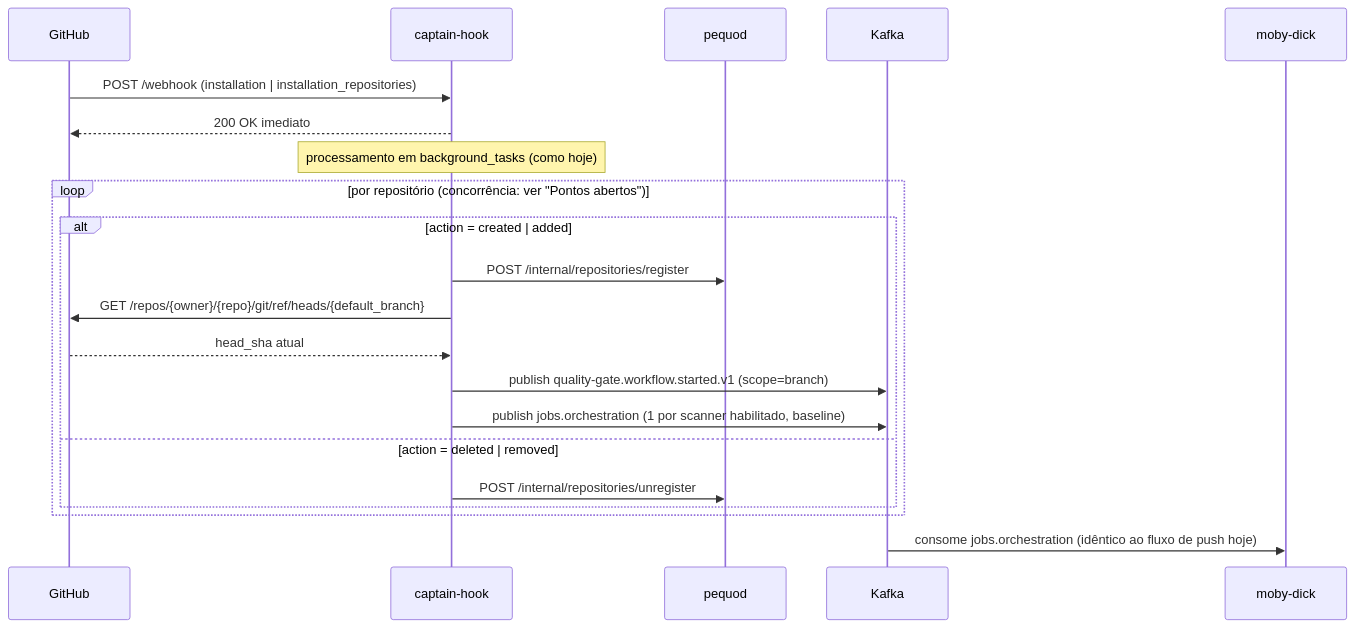
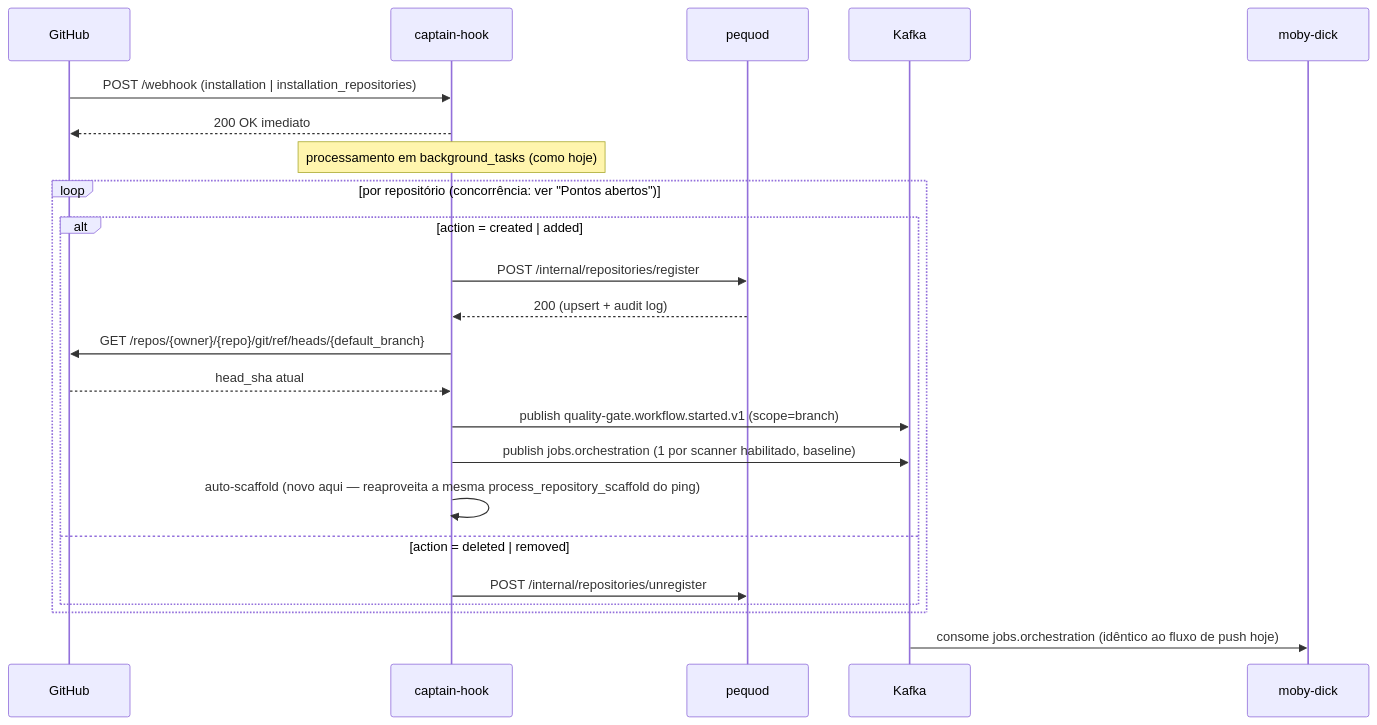
One commit to OdinEye-FIAP/aspm-docs changed the second of 2 diagrams in docs/design/ping-install-rest-migration.md. Above: the diagram before and after it, drawn with Mermaid. The commit also changed other lines of this file, not shown here.

Commit message:
docs: scaffold tambem no fluxo installation + resposta 200 do registro simetrica + nota sobre upsert/audit log

````diff
--- a/docs/design/ping-install-rest-migration.md
+++ b/docs/design/ping-install-rest-migration.md
@@ -148,25 +182,27 @@
 ```mermaid
 sequenceDiagram
     participant GH as GitHub
     participant CH as captain-hook
     participant PQ as pequod
     participant K as Kafka
     participant MD as moby-dick
 
     GH->>CH: POST /webhook (installation | installation_repositories)
     CH-->>GH: 200 OK imediato
     Note over CH: processamento em background_tasks (como hoje)
 
     loop por repositório (concorrência: ver "Pontos abertos")
         alt action = created | added
             CH->>PQ: POST /internal/repositories/register
+            PQ-->>CH: 200 (upsert + audit log)
             CH->>GH: GET /repos/{owner}/{repo}/git/ref/heads/{default_branch}
             GH-->>CH: head_sha atual
             CH->>K: publish quality-gate.workflow.started.v1 (scope=branch)
             CH->>K: publish jobs.orchestration (1 por scanner habilitado, baseline)
+            CH->>CH: auto-scaffold (novo aqui — reaproveita a mesma process_repository_scaffold do ping)
         else action = deleted | removed
             CH->>PQ: POST /internal/repositories/unregister
         end
     end
     K->>MD: consome jobs.orchestration (idêntico ao fluxo de push hoje)
 ```
````
